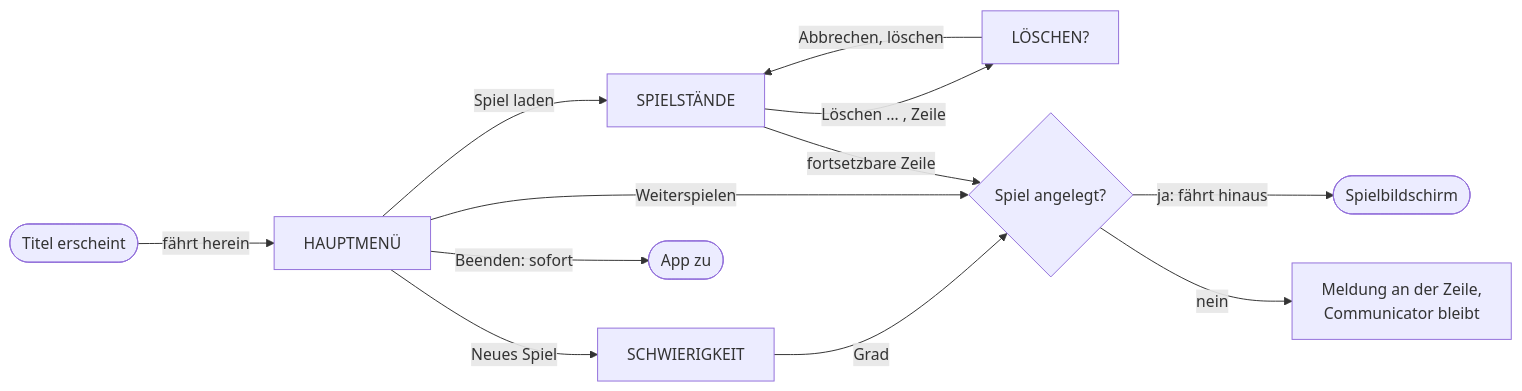
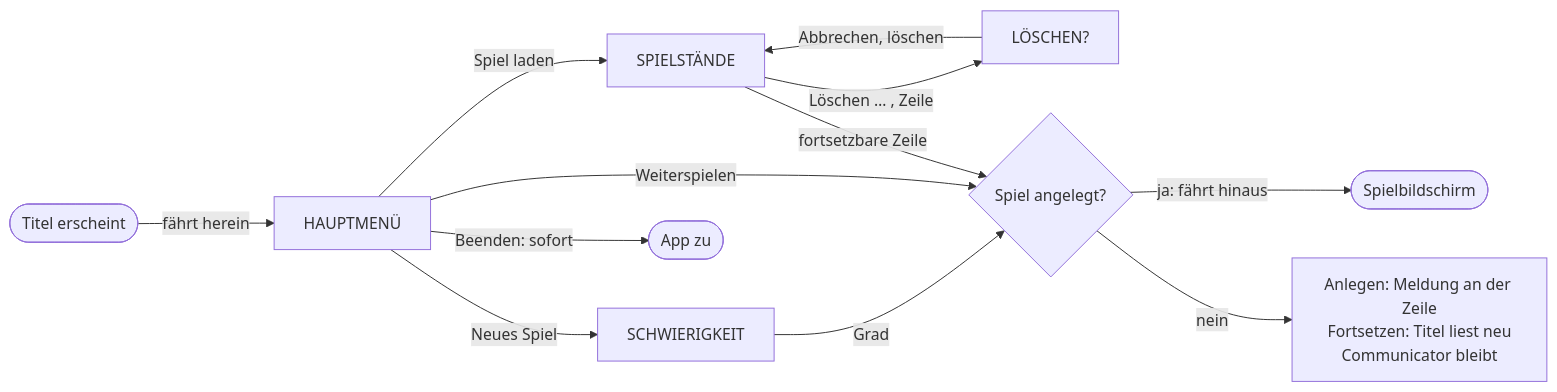
One commit to klausmoster/DerComputerladen changed the second of 2 diagrams in specs/005-communicator/data-model.md. Above: the diagram before and after it, drawn with Mermaid. The commit also changed other lines of this file and 7 other files, not shown here.

````diff
--- a/specs/005-communicator/data-model.md
+++ b/specs/005-communicator/data-model.md
@@ -53,14 +53,14 @@
 ```mermaid
 flowchart LR
     A(["Titel erscheint"]) -->|"fährt herein"| H["HAUPTMENÜ"]
     H -->|"Neues Spiel"| G["SCHWIERIGKEIT"]
     H -->|"Spiel laden"| L["SPIELSTÄNDE"]
     L -->|"Löschen … , Zeile"| R["LÖSCHEN?"]
     R -->|"Abbrechen, löschen"| L
     G -->|"Grad"| X{"Spiel angelegt?"}
     H -->|"Weiterspielen"| X
     L -->|"fortsetzbare Zeile"| X
     X -->|"ja: fährt hinaus"| S(["Spielbildschirm"])
-    X -->|"nein"| M["Meldung an der Zeile,<br/>Communicator bleibt"]
+    X -->|"nein"| M["Anlegen: Meldung an der Zeile<br/>Fortsetzen: Titel liest neu<br/>Communicator bleibt"]
     H -->|"Beenden: sofort"| E(["App zu"])
 ```
````
